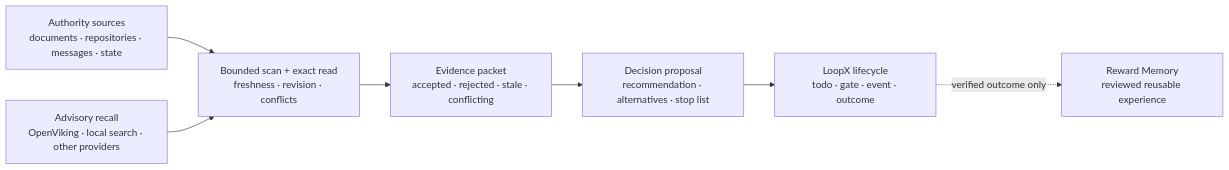
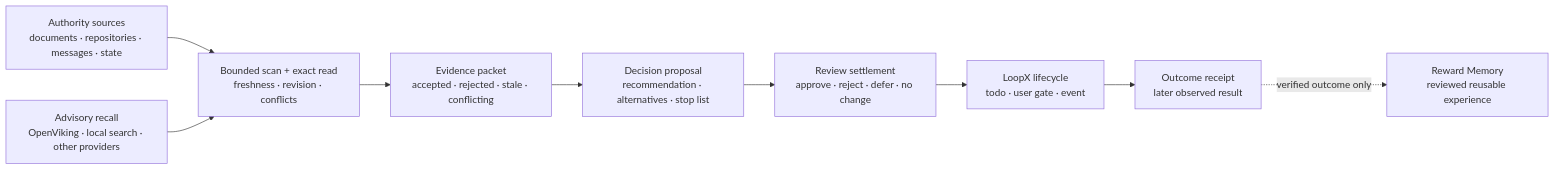
The diagram in docs/capabilities/decision-context/README.md (Alicecooo/loopx), drawn with Mermaid before and after one commit. The commit also changed other lines of this file and 21 other files, not shown here.

````diff
--- a/docs/capabilities/decision-context/README.md
+++ b/docs/capabilities/decision-context/README.md
@@ -29,17 +29,21 @@
 ```mermaid
 flowchart LR
     SOURCES["Authority sources<br/>documents · repositories · messages · state"]
     RECALL["Advisory recall<br/>OpenViking · local search · other providers"]
     READ["Bounded scan + exact read<br/>freshness · revision · conflicts"]
     EVIDENCE["Evidence packet<br/>accepted · rejected · stale · conflicting"]
     PROPOSAL["Decision proposal<br/>recommendation · alternatives · stop list"]
-    CORE["LoopX lifecycle<br/>todo · gate · event · outcome"]
+    REVIEW["Review settlement<br/>approve · reject · defer · no change"]
+    CORE["LoopX lifecycle<br/>todo · user gate · event"]
+    OUTCOME["Outcome receipt<br/>later observed result"]
     MEMORY["Reward Memory<br/>reviewed reusable experience"]
 
     SOURCES --> READ
     RECALL --> READ
     READ --> EVIDENCE
     EVIDENCE --> PROPOSAL
-    PROPOSAL --> CORE
-    CORE -. "verified outcome only" .-> MEMORY
+    PROPOSAL --> REVIEW
+    REVIEW --> CORE
+    CORE --> OUTCOME
+    OUTCOME -. "verified outcome only" .-> MEMORY
 ```
````
